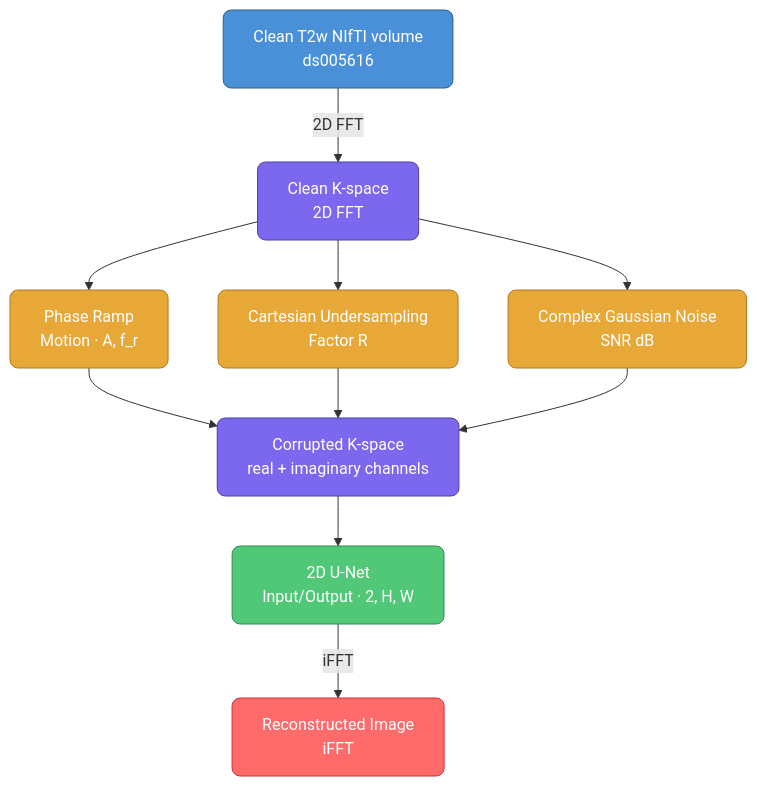
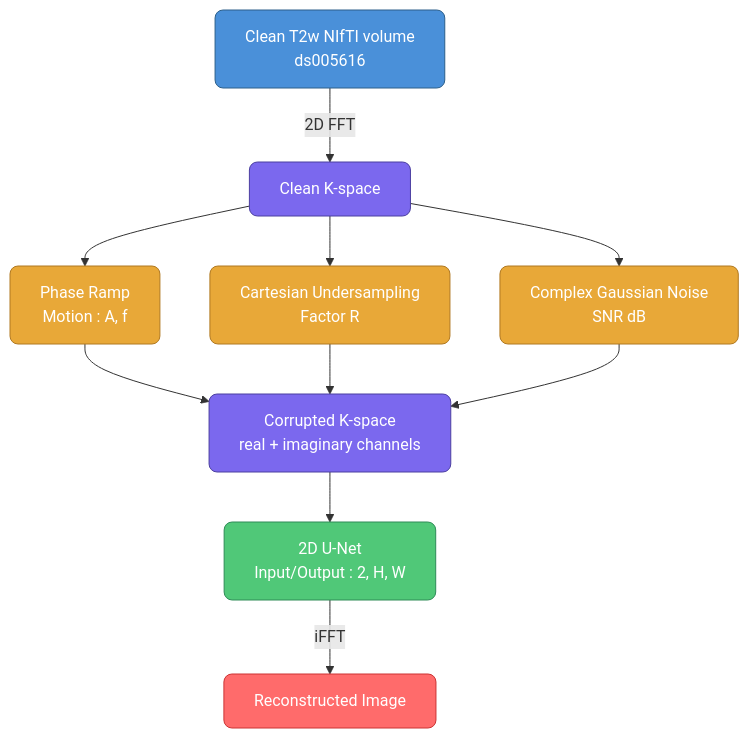
One commit to brainhack-school2026/Sarrazin_project changed the diagram in README.md. Above: the diagram before and after it, drawn with Mermaid. The commit also changed other lines of this file, not shown here.

````diff
--- a/README.md
+++ b/README.md
@@ -41,27 +41,27 @@
 ```mermaid
 flowchart TD
     A[Clean T2w NIfTI volume\nds005616]:::input
-    B[Clean K-space\n2D FFT]:::kspace
-    C[️Phase Ramp\nMotion · A, f_r]:::corrupt
+    B[Clean K-space]:::kspace
+    C[️Phase Ramp\nMotion : A, f]:::corrupt
     D[Cartesian Undersampling\nFactor R]:::corrupt
     E[Complex Gaussian Noise\nSNR dB]:::corrupt
     F[Corrupted K-space\nreal + imaginary channels]:::kspace
-    G[2D U-Net\nInput/Output · 2, H, W]:::model
-    H[Reconstructed Image\niFFT]:::output
+    G[2D U-Net\nInput/Output : 2, H, W]:::model
+    H[Reconstructed Image]:::output
 
     A -->|2D FFT| B
     B --> C
     B --> D
     B --> E
     C --> F
     D --> F
     E --> F
     F --> G
     G -->|iFFT| H
 
     classDef input    fill:#4A90D9,stroke:#2C5F8A,color:#fff,rx:8
     classDef kspace   fill:#7B68EE,stroke:#4B3FA0,color:#fff,rx:8
     classDef corrupt  fill:#E8A838,stroke:#B07820,color:#fff,rx:8
     classDef model    fill:#50C878,stroke:#2E8B57,color:#fff,rx:8
     classDef output   fill:#FF6B6B,stroke:#CC3333,color:#fff,rx:8
 ```
````
